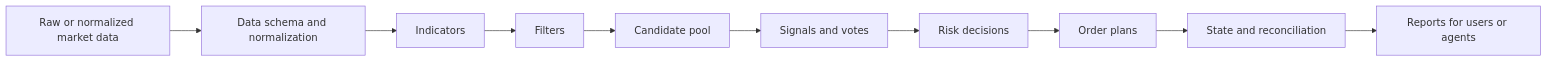
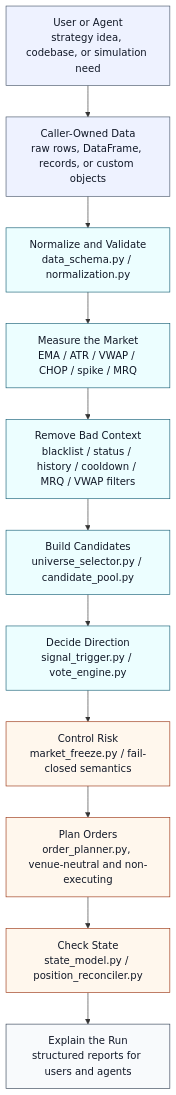
The first of 2 diagrams in README.md (waswrsis/quant-strategy-tokenizer), drawn with Mermaid before and after one commit. The commit also changed other lines of this file, not shown here.

Commit message:
Improve README diagrams and dependency map

````diff
--- a/README.md
+++ b/README.md
@@ -23,12 +23,26 @@
 ```mermaid
-flowchart LR
-    A["Raw or normalized market data"] --> B["Data schema and normalization"]
-    B --> C["Indicators"]
-    C --> D["Filters"]
-    D --> E["Candidate pool"]
-    E --> F["Signals and votes"]
-    F --> G["Risk decisions"]
-    G --> H["Order plans"]
-    H --> I["State and reconciliation"]
-    I --> J["Reports for users or agents"]
+flowchart TD
+    A["User or Agent<br/>strategy idea, codebase, or simulation need"]
+    B["Caller-Owned Data<br/>raw rows, DataFrame, records, or custom objects"]
+    C["Normalize and Validate<br/>data_schema.py / normalization.py"]
+    D["Measure the Market<br/>EMA / ATR / VWAP / CHOP / spike / MRQ"]
+    E["Remove Bad Context<br/>blacklist / status / history / cooldown / MRQ / VWAP filters"]
+    F["Build Candidates<br/>universe_selector.py / candidate_pool.py"]
+    G["Decide Direction<br/>signal_trigger.py / vote_engine.py"]
+    H["Control Risk<br/>market_freeze.py / fail-closed semantics"]
+    I["Plan Orders<br/>order_planner.py, venue-neutral and non-executing"]
+    J["Check State<br/>state_model.py / position_reconciler.py"]
+    K["Explain the Run<br/>structured reports for users and agents"]
+
+    A --> B --> C --> D --> E --> F --> G --> H --> I --> J --> K
+
+    classDef input fill:#eef2ff,stroke:#475569,color:#111827;
+    classDef compute fill:#ecfeff,stroke:#155e75,color:#111827;
+    classDef risk fill:#fff7ed,stroke:#9a3412,color:#111827;
+    classDef output fill:#f8fafc,stroke:#334155,color:#111827;
+
+    class A,B input;
+    class C,D,E,F,G compute;
+    class H,I,J risk;
+    class K output;
 ```
````
